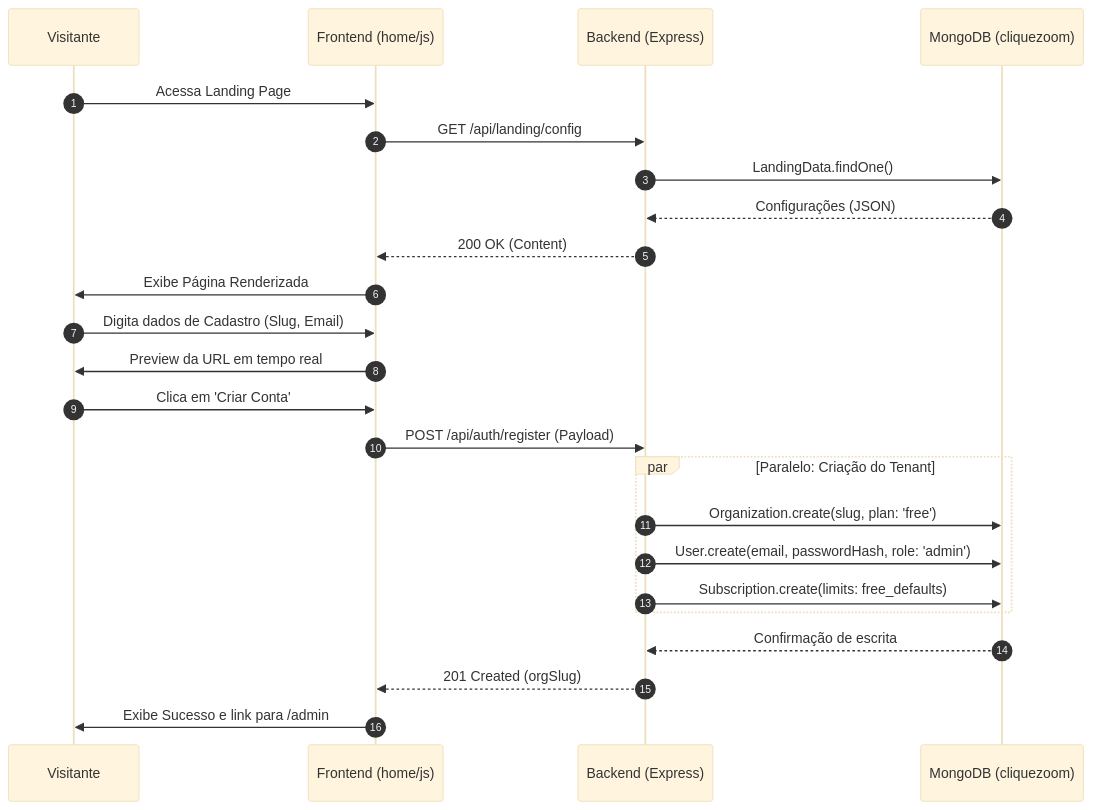
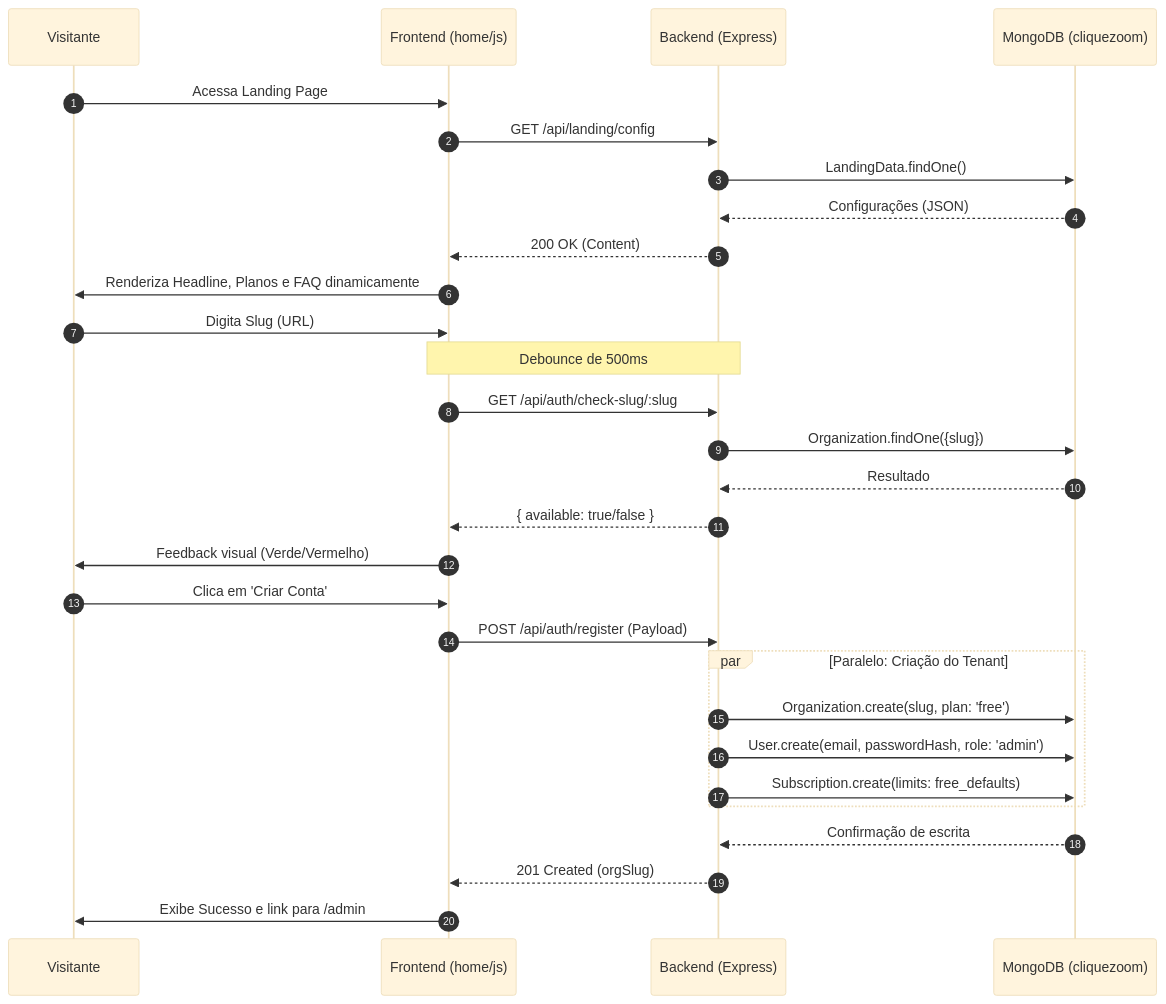
The second of 5 diagrams in skills/1_5_landingpage.md (pach3c0/fs-saas), drawn with Mermaid (base theme) before and after one commit. The commit also changed other lines of this file and 11 other files, not shown here.

````diff
--- a/skills/1_5_landingpage.md
+++ b/skills/1_5_landingpage.md
@@ -40,30 +45,36 @@
 ```mermaid
 sequenceDiagram
     autonumber
     participant V as Visitante
     participant F as Frontend (home/js)
     participant B as Backend (Express)
     participant DB as MongoDB (cliquezoom)
 
     V->>F: Acessa Landing Page
     F->>B: GET /api/landing/config
     B->>DB: LandingData.findOne()
     DB-->>B: Configurações (JSON)
     B-->>F: 200 OK (Content)
-    F->>V: Exibe Página Renderizada
+    F->>V: Renderiza Headline, Planos e FAQ dinamicamente
 
-    V->>F: Digita dados de Cadastro (Slug, Email)
-    F->>V: Preview da URL em tempo real
+    V->>F: Digita Slug (URL)
+    Note over F,B: Debounce de 500ms
+    F->>B: GET /api/auth/check-slug/:slug
+    B->>DB: Organization.findOne({slug})
+    DB-->>B: Resultado
+    B-->>F: { available: true/false }
+    F->>V: Feedback visual (Verde/Vermelho)
+
     V->>F: Clica em 'Criar Conta'
     F->>B: POST /api/auth/register (Payload)
     
     par Paralelo: Criação do Tenant
         B->>DB: Organization.create(slug, plan: 'free')
         B->>DB: User.create(email, passwordHash, role: 'admin')
         B->>DB: Subscription.create(limits: free_defaults)
     end
 
     DB-->>B: Confirmação de escrita
     B-->>F: 201 Created (orgSlug)
     F->>V: Exibe Sucesso e link para /admin
 ```
````
